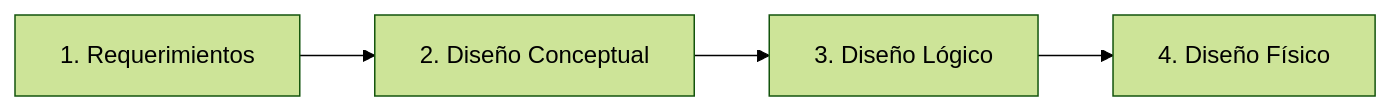
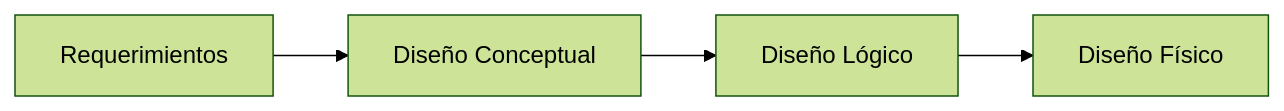
One commit to JavierLianoRioz/Second-Brain changed the diagram in 200 Proyectos/Bases de datos/02_Diseño/Fases_del_Diseño_BD.md. Above: the diagram before and after it, drawn with Mermaid (forest theme). The commit also changed 3 other files, not shown here.

````diff
--- a/200 Proyectos/Bases de datos/02_Diseño/Fases_del_Diseño_BD.md
+++ b/200 Proyectos/Bases de datos/02_Diseño/Fases_del_Diseño_BD.md
@@ -7,6 +7,6 @@
 ```mermaid
 graph LR
-    Req[1. Requerimientos] --> Conc[2. Diseño Conceptual]
-    Conc --> Log[3. Diseño Lógico]
-    Log --> Fis[4. Diseño Físico]
+    Req[Requerimientos] --> Conc[Diseño Conceptual]
+    Conc --> Log[Diseño Lógico]
+    Log --> Fis[Diseño Físico]
 ```
````
